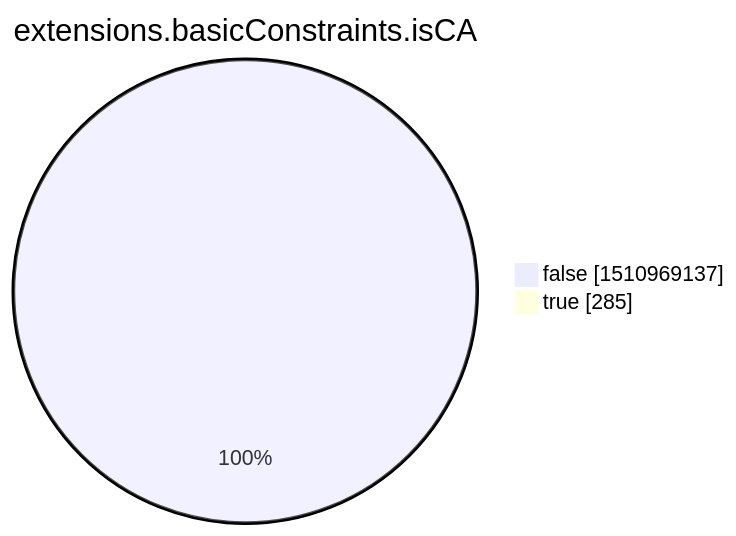
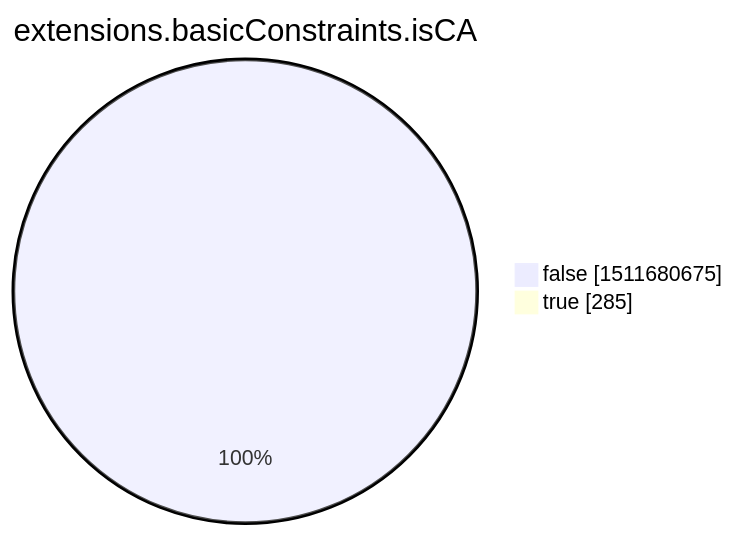
One commit to christiankrug/ctmonitor_visualization changed the eighth of 15 diagrams in xenon2022/README.md. Above: the diagram before and after it, drawn with Mermaid. The commit also changed other lines of this file, not shown here.

````diff
--- a/xenon2022/README.md
+++ b/xenon2022/README.md
@@ -2854,6 +2854,6 @@
 ```mermaid
 pie showData
 title extensions.basicConstraints.isCA
-"false" :1510969137
+"false" :1511680675
 "true" :285
 ```
````
